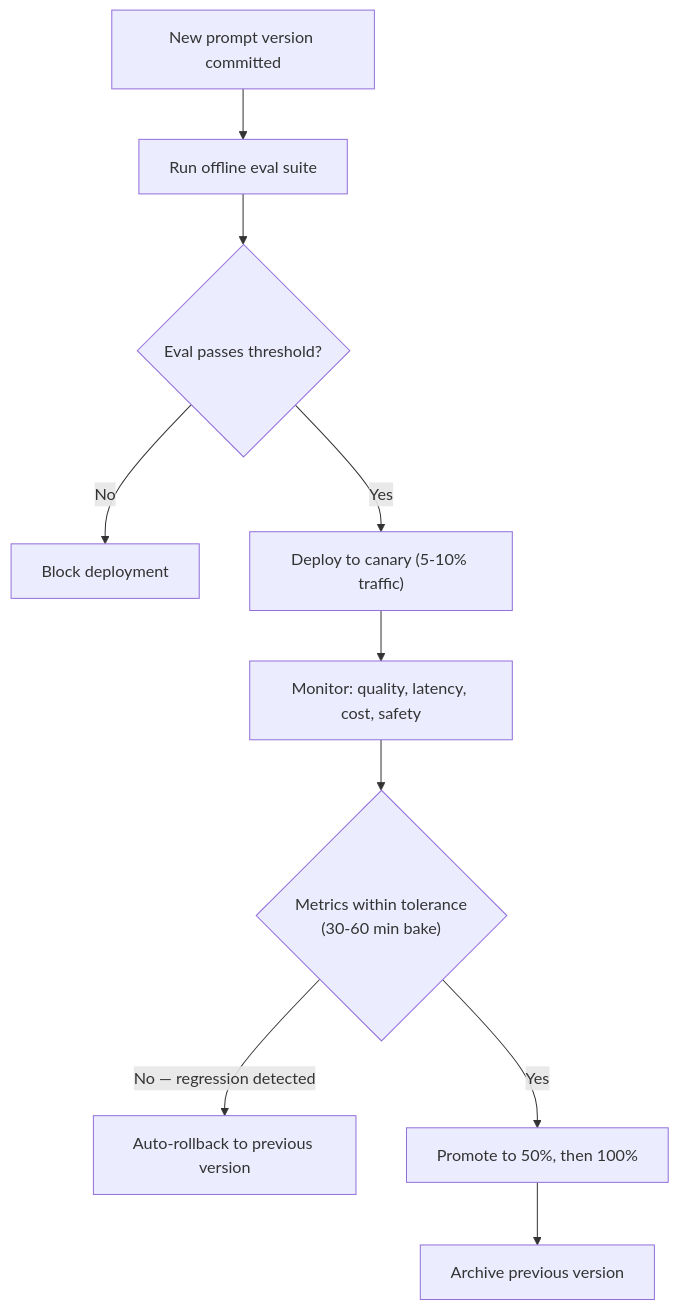
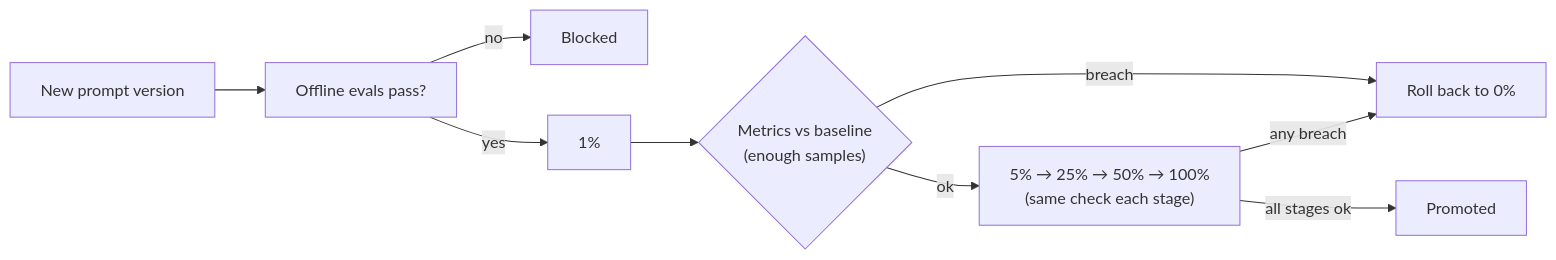
The diagram in content/patterns/governance/prompt-canary-deployment.md (PrajwalAmte/AI-Engineering-Patterns), drawn with Mermaid before and after one commit. The commit also changed other lines of this file and 190 other files, not shown here.

```diff
--- a/content/patterns/governance/prompt-canary-deployment.md
+++ b/content/patterns/governance/prompt-canary-deployment.md
@@ -35,12 +31,11 @@
 <pre class="mermaid">
-flowchart TD
-    A["New prompt version committed"] --> B["Run offline eval suite"]
-    B --> C{"Eval passes threshold?"}
-    C -->|"No"| D["Block deployment"]
-    C -->|"Yes"| E["Deploy to canary (5-10% traffic)"]
-    E --> F["Monitor: quality, latency, cost, safety"]
-    F --> G{"Metrics within tolerance\n(30-60 min bake)"}
-    G -->|"No — regression detected"| H["Auto-rollback to previous version"]
-    G -->|"Yes"| I["Promote to 50%, then 100%"]
-    I --> J["Archive previous version"]
+flowchart LR
+    V["New prompt version"] --> O["Offline evals pass?"]
+    O -->|"no"| X["Blocked"]
+    O -->|"yes"| S1["1%"]
+    S1 --> C1{"Metrics vs baseline<br/>(enough samples)"}
+    C1 -->|"ok"| S2["5% → 25% → 50% → 100%<br/>(same check each stage)"]
+    C1 -->|"breach"| RB["Roll back to 0%"]
+    S2 -->|"any breach"| RB
+    S2 -->|"all stages ok"| P["Promoted"]
 </pre>
```
